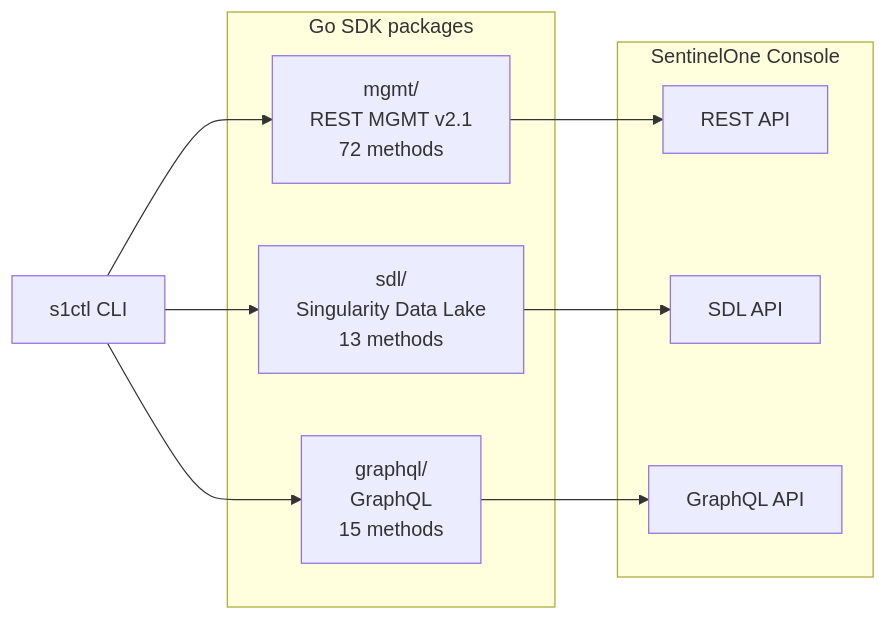
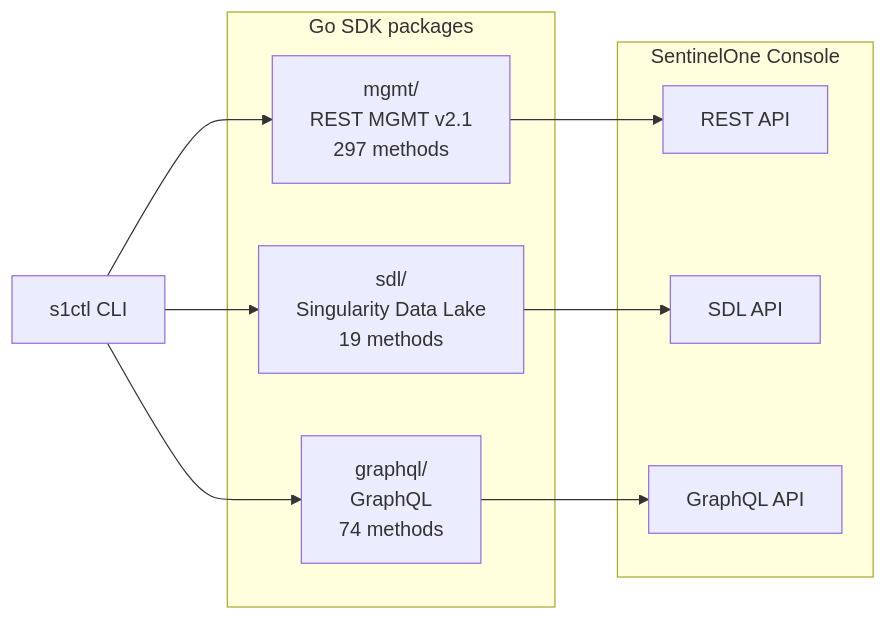
One commit to dannyota/s1ctl changed the diagram in docs/design/architecture.md. Above: the diagram before and after it, drawn with Mermaid. The commit also changed other lines of this file and 9 other files, not shown here.

````diff
--- a/docs/design/architecture.md
+++ b/docs/design/architecture.md
@@ -33,23 +33,23 @@
 ```mermaid
 flowchart LR
   CLI["s1ctl CLI"]
 
   subgraph SDK["Go SDK packages"]
-    MGMT["mgmt/<br/>REST MGMT v2.1<br/>72 methods"]
-    SDL["sdl/<br/>Singularity Data Lake<br/>13 methods"]
-    GQL["graphql/<br/>GraphQL<br/>15 methods"]
+    MGMT["mgmt/<br/>REST MGMT v2.1<br/>297 methods"]
+    SDL["sdl/<br/>Singularity Data Lake<br/>19 methods"]
+    GQL["graphql/<br/>GraphQL<br/>74 methods"]
   end
 
   subgraph S1["SentinelOne Console"]
     REST_API["REST API"]
     SDL_API["SDL API"]
     GQL_API["GraphQL API"]
   end
 
   CLI --> MGMT
   CLI --> SDL
   CLI --> GQL
   MGMT --> REST_API
   SDL --> SDL_API
   GQL --> GQL_API
 ```
````
